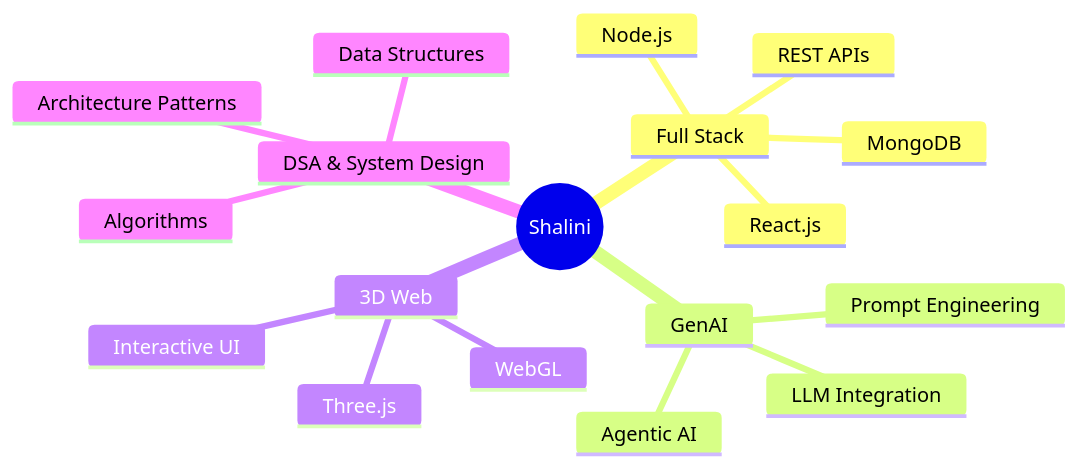
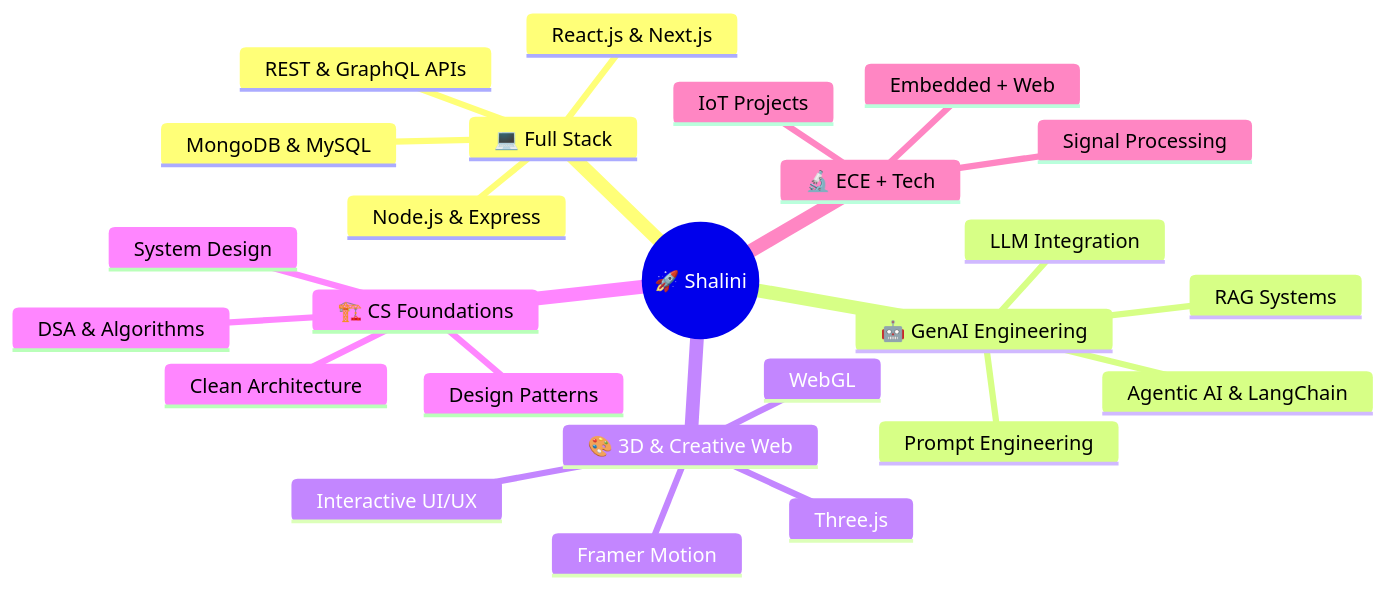
Before and after one commit to Shalini-chaurasiya/Shalini-chaurasiya: the diagram in README.md, drawn with Mermaid. The commit also changed other lines of this file, not shown here.

````diff
--- a/README.md
+++ b/README.md
@@ -181,21 +253,28 @@
 ```mermaid
 mindmap
-  root((Shalini))
-    Full Stack
-      React.js
-      Node.js
-      MongoDB
-      REST APIs
-    GenAI
+  root((🚀 Shalini))
+    💻 Full Stack
+      React.js & Next.js
+      Node.js & Express
+      MongoDB & MySQL
+      REST & GraphQL APIs
+    🤖 GenAI Engineering
       LLM Integration
-      Agentic AI
+      Agentic AI & LangChain
+      RAG Systems
       Prompt Engineering
-    3D Web
+    🎨 3D & Creative Web
       Three.js
       WebGL
-      Interactive UI
-    DSA & System Design
-      Algorithms
-      Data Structures
-      Architecture Patterns
+      Framer Motion
+      Interactive UI/UX
+    🏗️ CS Foundations
+      DSA & Algorithms
+      System Design
+      Clean Architecture
+      Design Patterns
+    🔬 ECE + Tech
+      IoT Projects
+      Embedded + Web
+      Signal Processing
 ```
````
